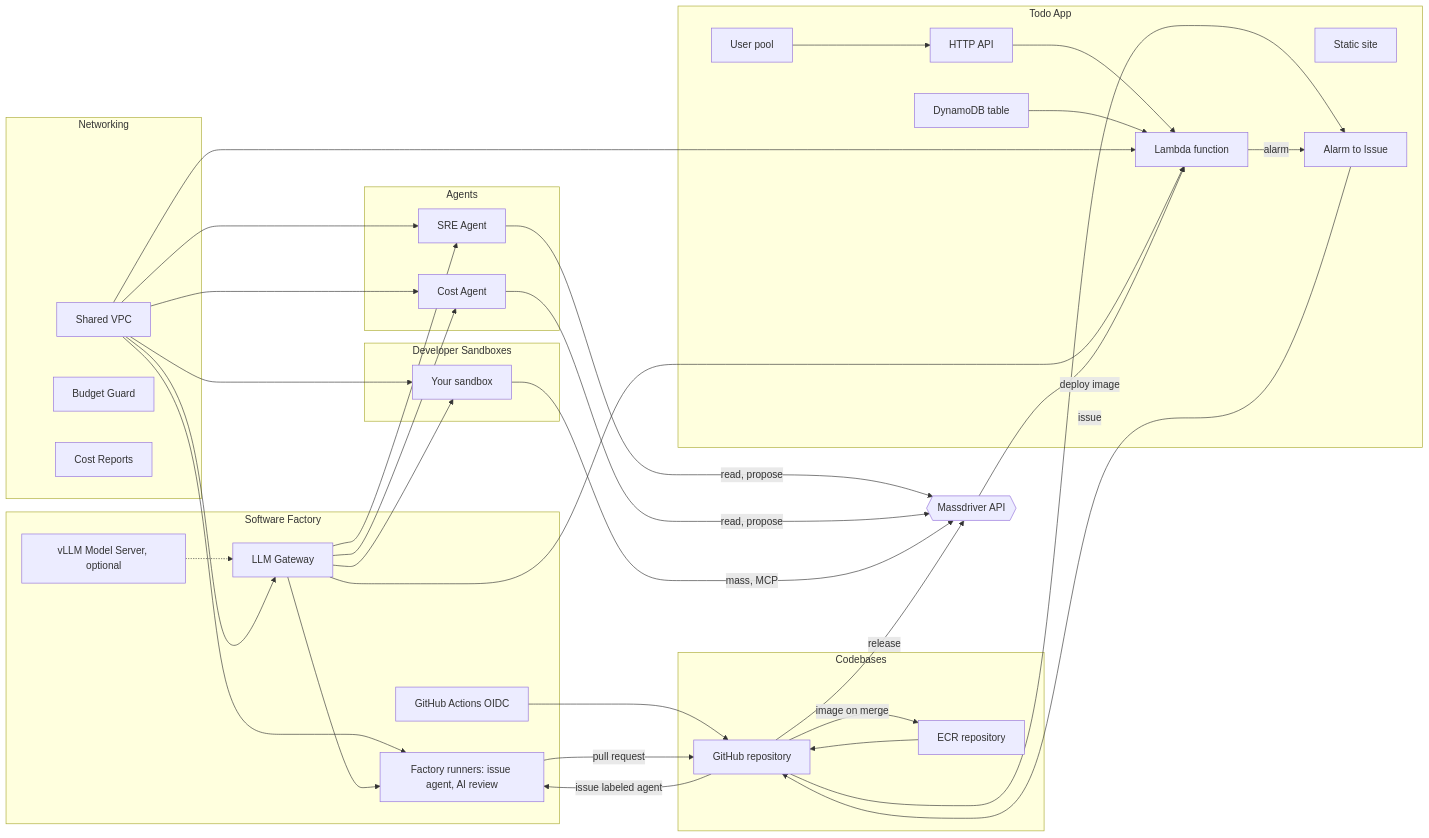
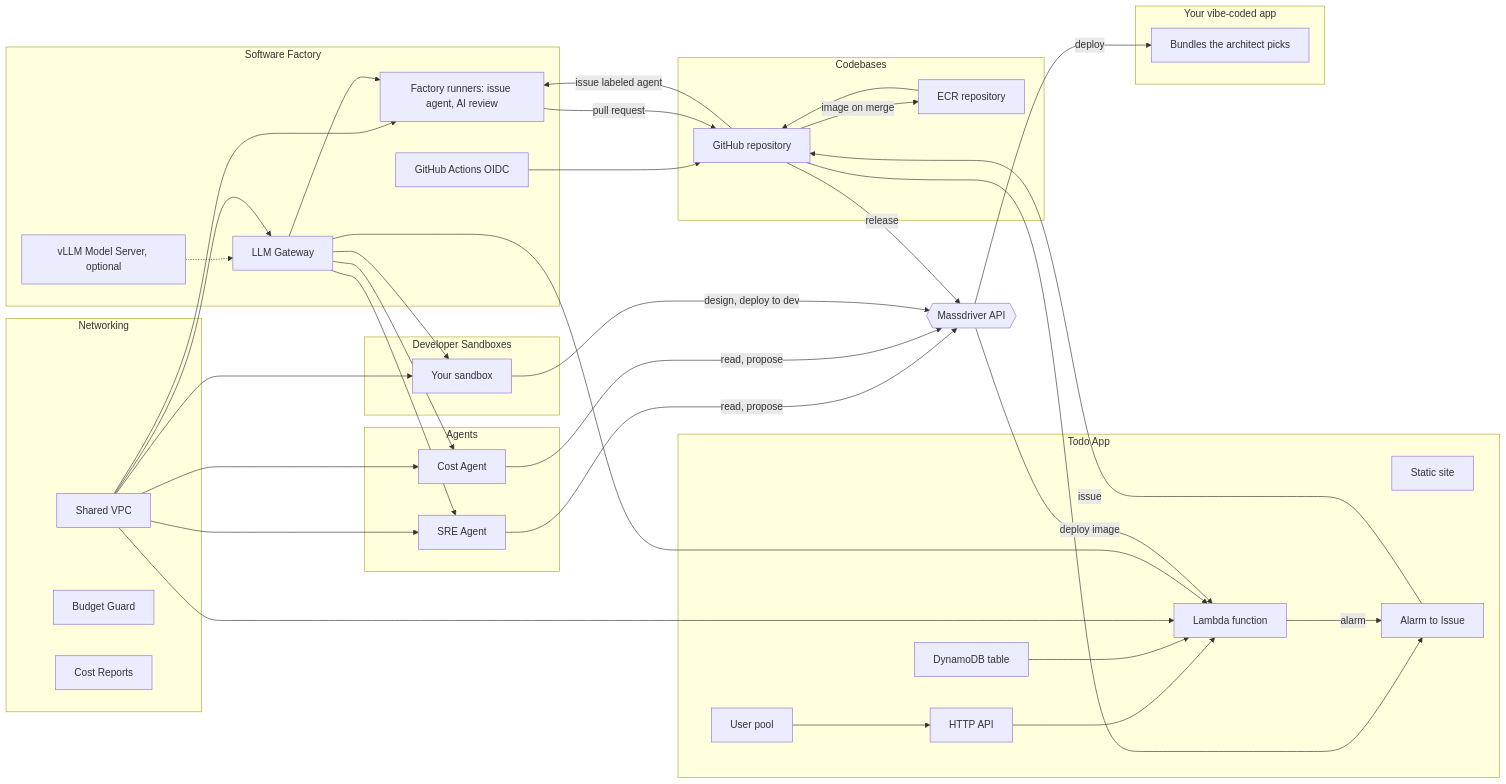
The diagram in WORKSHOP.md (massdriver-catalogs/aws-software-factory), drawn with Mermaid before and after one commit. The commit also changed other lines of this file and 4 other files, not shown here.

````diff
--- a/WORKSHOP.md
+++ b/WORKSHOP.md
@@ -19,48 +19,52 @@
 ```mermaid
 flowchart LR
   subgraph NET[Networking]
     VPC[Shared VPC]
     BG[Budget Guard]
     CR[Cost Reports]
   end
   subgraph SF[Software Factory]
     GPU["vLLM Model Server, optional"] -.-> GW[LLM Gateway]
     RUN["Factory runners: issue agent, AI review"]
     OIDC[GitHub Actions OIDC]
   end
   subgraph CB[Codebases]
     ECR[ECR repository]
     REPO[GitHub repository]
   end
   subgraph APP[Todo App]
     USR[User pool] --> API[HTTP API]
     API --> FN[Lambda function]
     TBL[DynamoDB table] --> FN
     WEB[Static site]
     A2I[Alarm to Issue]
   end
   subgraph DS[Developer Sandboxes]
     SB[Your sandbox]
   end
   subgraph AG[Agents]
     SRE[SRE Agent]
     COST[Cost Agent]
   end
+  subgraph NA[Your vibe-coded app]
+    NAPP["Bundles the architect picks"]
+  end
   MD{{Massdriver API}}
 
   VPC --> GW & RUN & FN & SB & SRE & COST
   GW --> RUN & FN & SB & SRE & COST
   OIDC --> REPO
   ECR --> REPO
   REPO --> A2I
 
   REPO -->|issue labeled agent| RUN
   RUN -->|pull request| REPO
   REPO -->|image on merge| ECR
   REPO -->|release| MD
   MD -->|deploy image| FN
   FN -->|alarm| A2I
   A2I -->|issue| REPO
   SRE & COST -->|read, propose| MD
-  SB -->|mass, MCP| MD
+  SB -->|design, deploy to dev| MD
+  MD -->|deploy| NAPP
 ```
````
